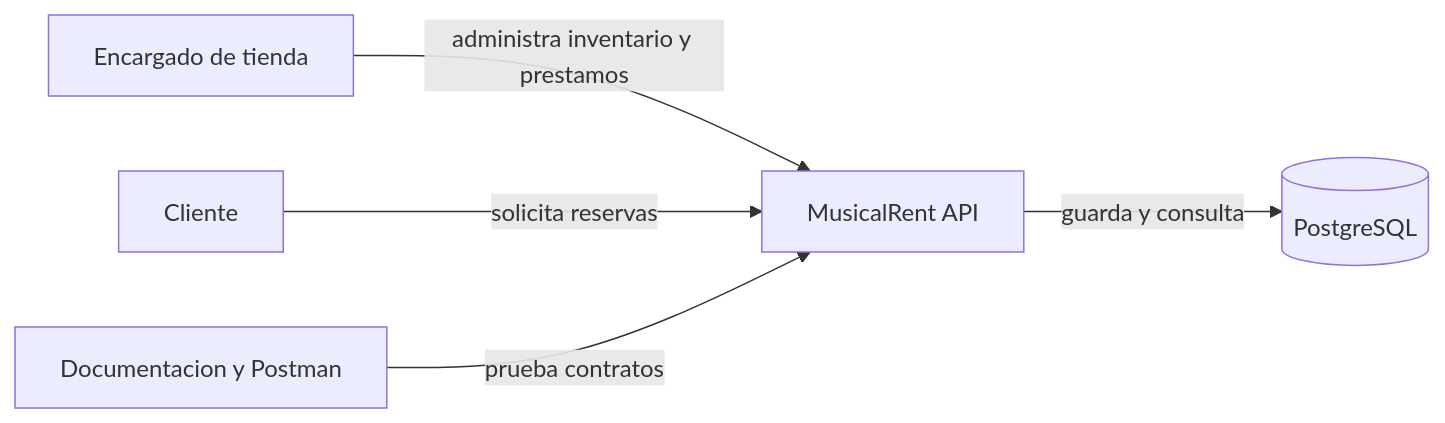
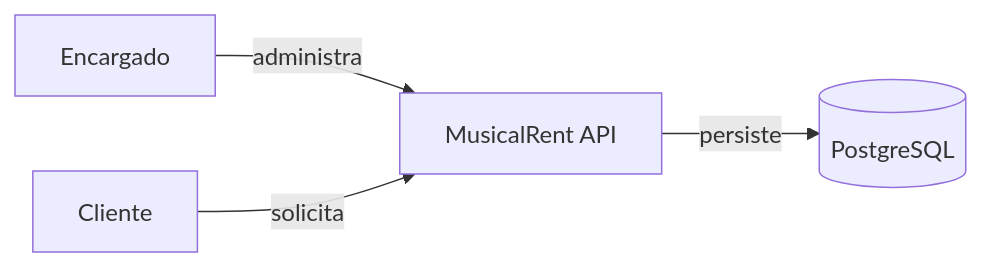
One commit to HectorARiascosI/musical-rent-api changed the first of 10 diagrams in PLAN_PROYECTO.md. Above: the diagram before and after it, drawn with Mermaid. The commit also changed other lines of this file, not shown here.

Commit message:
docs: separa dominio musical de referencias externas

````diff
--- a/PLAN_PROYECTO.md
+++ b/PLAN_PROYECTO.md
@@ -1885,13 +728,10 @@
 ```mermaid
 flowchart LR
-  Encargado[Encargado de tienda]
-  Cliente[Cliente]
-  API[MusicalRent API]
-  DB[(PostgreSQL)]
-  Docs[Documentacion y Postman]
-
-  Encargado -->|administra inventario y prestamos| API
-  Cliente -->|solicita reservas| API
-  API -->|guarda y consulta| DB
-  Docs -->|prueba contratos| API
+    Encargado[Encargado]
+    Cliente[Cliente]
+    API[MusicalRent API]
+    DB[(PostgreSQL)]
+    Encargado -->|administra| API
+    Cliente -->|solicita| API
+    API -->|persiste| DB
 ```
````
